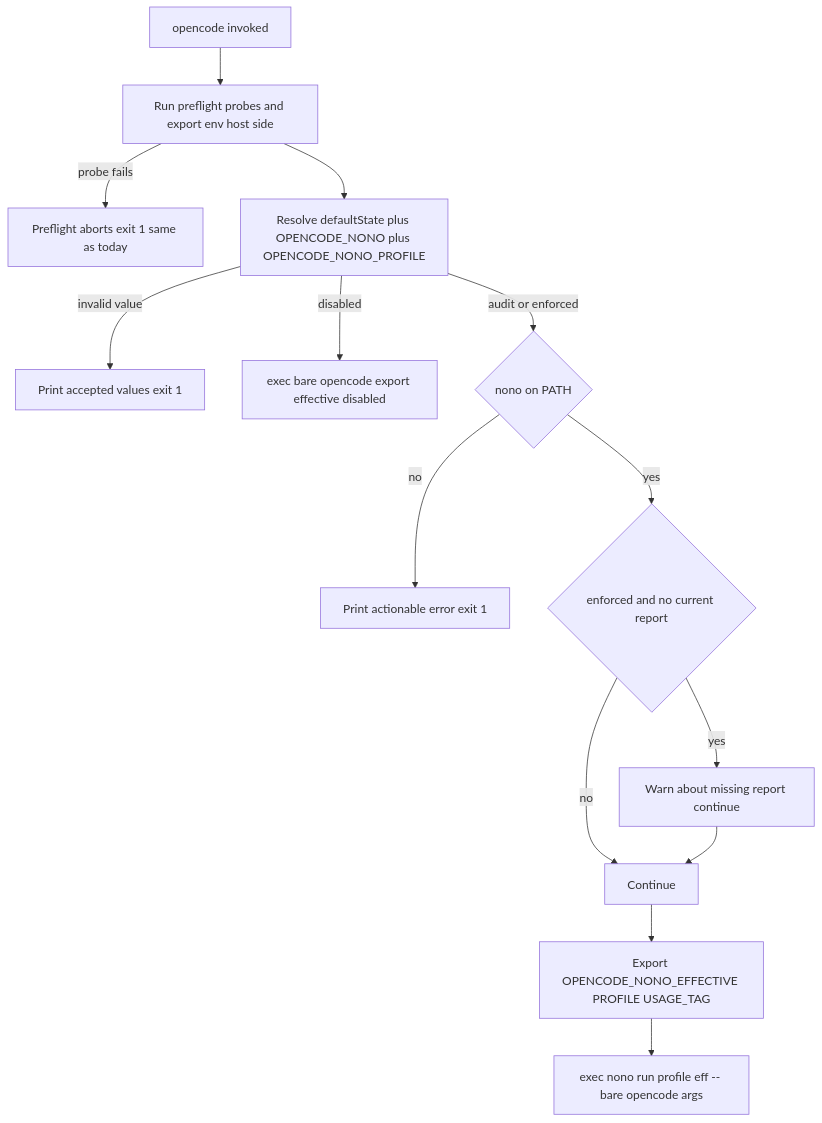
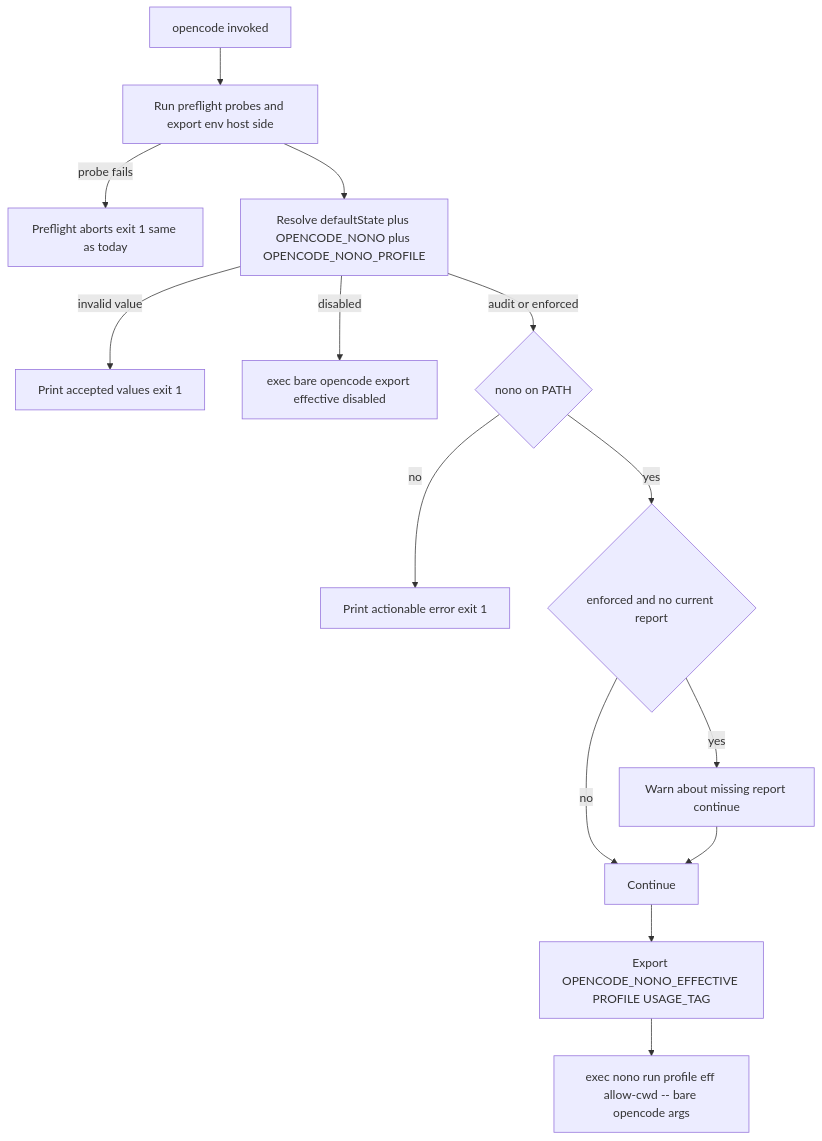
One commit to DWSR/nix-config changed the second of 3 diagrams in .kiro/specs/opencode-nono-sandbox/design.md. Above: the diagram before and after it, drawn with Mermaid. The commit also changed other lines of this file and 2 other files, not shown here.

First line of the commit message:
docs(opencode-nono-sandbox): regenerate design for nono 0.61.1 + R7

````diff
--- a/.kiro/specs/opencode-nono-sandbox/design.md
+++ b/.kiro/specs/opencode-nono-sandbox/design.md
@@ -230,16 +253,16 @@
 ```mermaid
 flowchart TD
     Start[opencode invoked] --> Pre[Run preflight probes and export env host side]
     Pre -->|probe fails| Abort[Preflight aborts exit 1 same as today]
     Pre --> Resolve[Resolve defaultState plus OPENCODE_NONO plus OPENCODE_NONO_PROFILE]
     Resolve -->|invalid value| Err[Print accepted values exit 1]
     Resolve -->|disabled| Bare[exec bare opencode export effective disabled]
     Resolve -->|audit or enforced| HasNono{nono on PATH}
     HasNono -->|no| FailClosed[Print actionable error exit 1]
     HasNono -->|yes| Fresh{enforced and no current report}
     Fresh -->|yes| Warn[Warn about missing report continue]
     Fresh -->|no| Go[Continue]
     Warn --> Go
     Go --> Export[Export OPENCODE_NONO_EFFECTIVE PROFILE USAGE_TAG]
-    Export --> Exec[exec nono run profile eff -- bare opencode args]
+    Export --> Exec[exec nono run profile eff allow-cwd -- bare opencode args]
 ```
````
